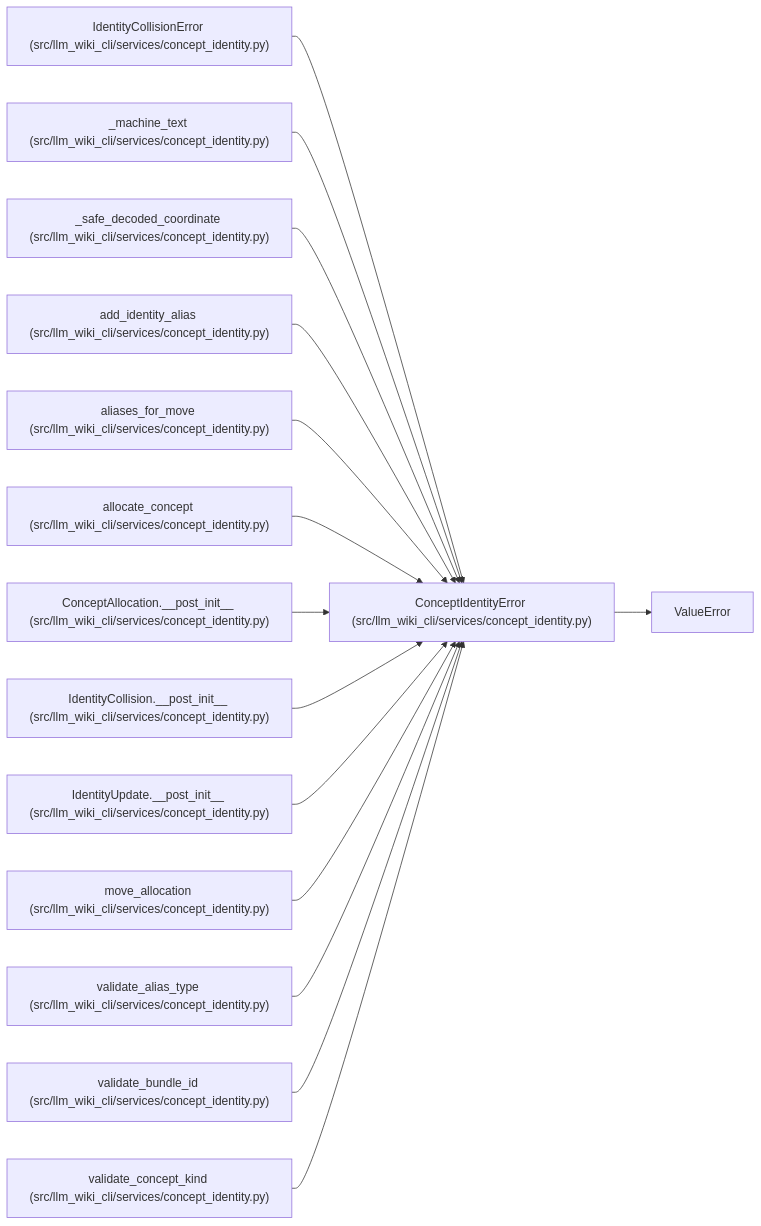
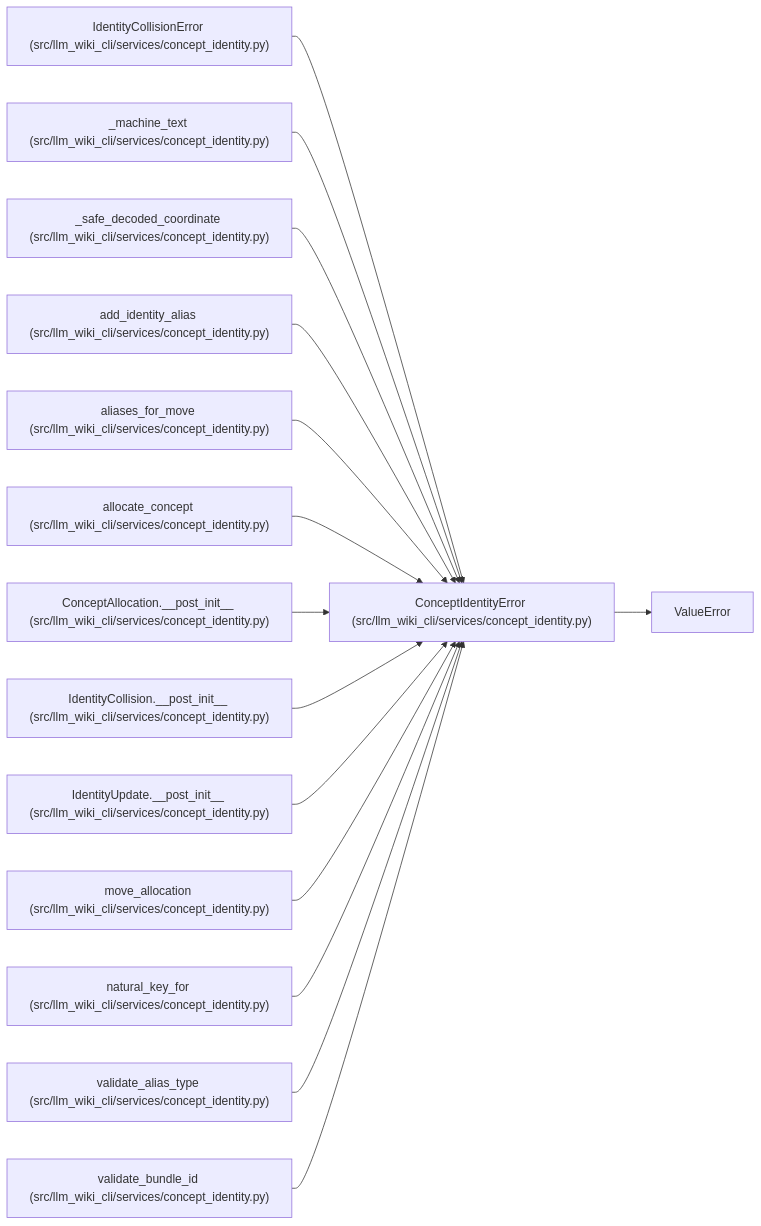
Before and after one commit to Denissvgn/python-wiki-llm: the diagram in docs/llm_wiki/entities/ConceptIdentityError.md, drawn with Mermaid. The commit also changed other lines of this file and 450 other files, not shown here.

````diff
--- a/docs/llm_wiki/entities/ConceptIdentityError.md
+++ b/docs/llm_wiki/entities/ConceptIdentityError.md
@@ -25,46 +25,46 @@
 ```mermaid
 flowchart LR
     n0["ConceptIdentityError (src/llm_wiki_cli/services/concept_identity.py)"]
     n1["ValueError"]
     n2["IdentityCollisionError (src/llm_wiki_cli/services/concept_identity.py)"]
     n3["_machine_text (src/llm_wiki_cli/services/concept_identity.py)"]
     n4["_safe_decoded_coordinate (src/llm_wiki_cli/services/concept_identity.py)"]
     n5["add_identity_alias (src/llm_wiki_cli/services/concept_identity.py)"]
     n6["aliases_for_move (src/llm_wiki_cli/services/concept_identity.py)"]
     n7["allocate_concept (src/llm_wiki_cli/services/concept_identity.py)"]
     n8["ConceptAllocation.__post_init__ (src/llm_wiki_cli/services/concept_identity.py)"]
     n9["IdentityCollision.__post_init__ (src/llm_wiki_cli/services/concept_identity.py)"]
     n10["IdentityUpdate.__post_init__ (src/llm_wiki_cli/services/concept_identity.py)"]
     n11["move_allocation (src/llm_wiki_cli/services/concept_identity.py)"]
-    n12["validate_alias_type (src/llm_wiki_cli/services/concept_identity.py)"]
-    n13["validate_bundle_id (src/llm_wiki_cli/services/concept_identity.py)"]
-    n14["validate_concept_kind (src/llm_wiki_cli/services/concept_identity.py)"]
+    n12["natural_key_for (src/llm_wiki_cli/services/concept_identity.py)"]
+    n13["validate_alias_type (src/llm_wiki_cli/services/concept_identity.py)"]
+    n14["validate_bundle_id (src/llm_wiki_cli/services/concept_identity.py)"]
     n0 --> n1
     n2 --> n0
     n3 --> n0
     n4 --> n0
     n5 --> n0
     n6 --> n0
     n7 --> n0
     n8 --> n0
     n9 --> n0
     n10 --> n0
     n11 --> n0
     n12 --> n0
     n13 --> n0
     n14 --> n0
     click n0 "../modules/concept_identity.md"
     click n2 "../modules/concept_identity.md"
     click n3 "../modules/concept_identity.md"
     click n4 "../modules/concept_identity.md"
     click n5 "../modules/concept_identity.md"
     click n6 "../modules/concept_identity.md"
     click n7 "../modules/concept_identity.md"
     click n8 "../modules/concept_identity.md"
     click n9 "../modules/concept_identity.md"
     click n10 "../modules/concept_identity.md"
     click n11 "../modules/concept_identity.md"
     click n12 "../modules/concept_identity.md"
     click n13 "../modules/concept_identity.md"
     click n14 "../modules/concept_identity.md"
 ```
````
